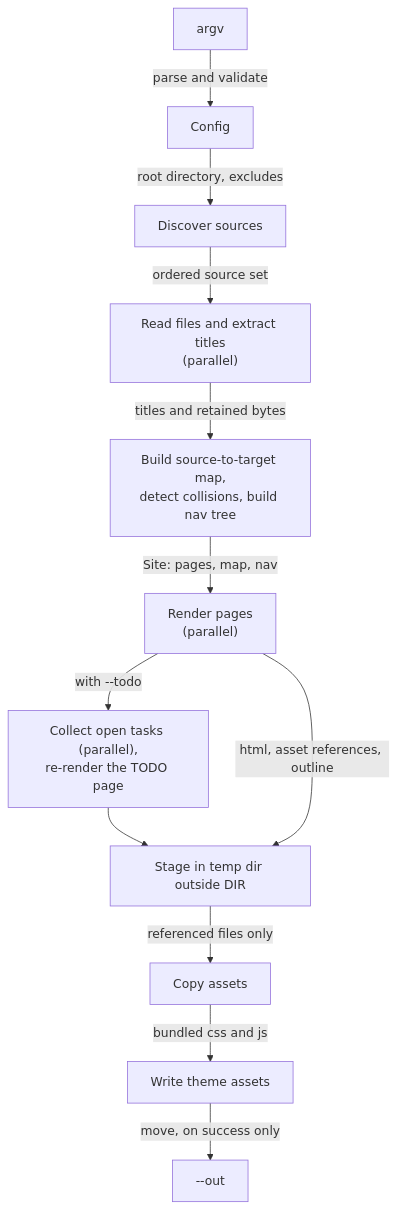
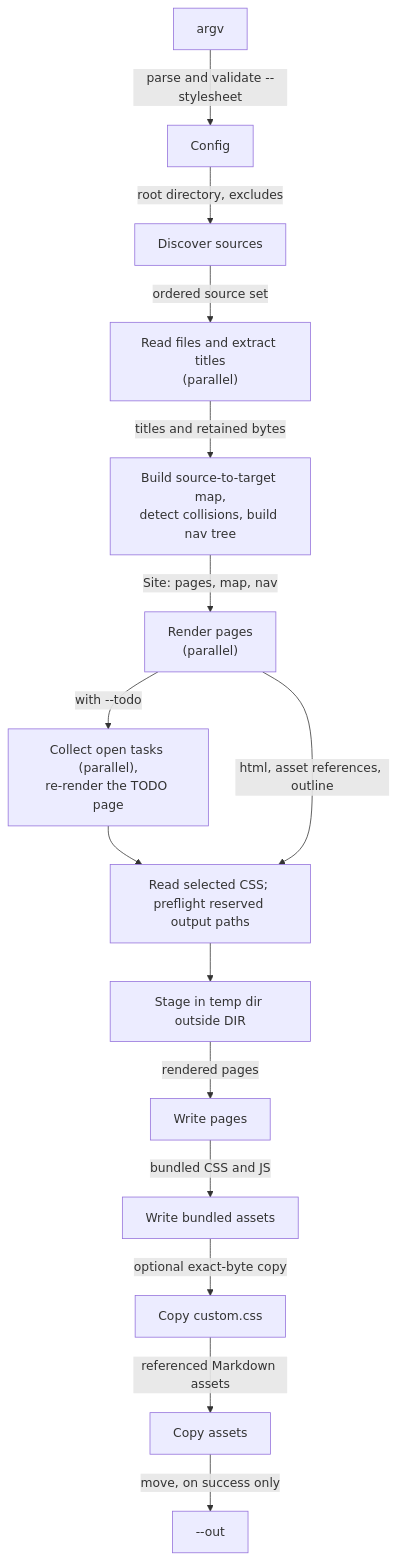
The first of 2 diagrams in docs/architecture.md (AltaraInc/ohimark), drawn with Mermaid before and after one commit. The commit also changed other lines of this file and 7 other files, not shown here.

Commit message:
feat(styles): support custom stylesheet overrides

````diff
--- a/docs/architecture.md
+++ b/docs/architecture.md
@@ -13,14 +14,18 @@
 ```mermaid
 flowchart TD
-  ARGS["argv"] -->|"parse and validate"| CFG["Config"]
+  ARGS["argv"] -->|"parse and validate --stylesheet"| CFG["Config"]
   CFG -->|"root directory, excludes"| WALK["Discover sources"]
   WALK -->|"ordered source set"| READ["Read files and extract titles<br/>(parallel)"]
   READ -->|"titles and retained bytes"| MAP["Build source-to-target map,<br/>detect collisions, build nav tree"]
   MAP -->|"Site: pages, map, nav"| REND["Render pages<br/>(parallel)"]
   REND -->|"with --todo"| TODO["Collect open tasks (parallel),<br/>re-render the TODO page"]
-  TODO --> STAGE
-  REND -->|"html, asset references, outline"| STAGE["Stage in temp dir outside DIR"]
-  STAGE -->|"referenced files only"| COPY["Copy assets"]
-  COPY -->|"bundled css and js"| TH["Write theme assets"]
-  TH -->|"move, on success only"| OUT["--out"]
+  TODO --> PREFLIGHT
+  REND -->|"html, asset references, outline"| PREFLIGHT["Read selected CSS; preflight reserved output paths"]
+  PREFLIGHT --> STAGE
+  STAGE["Stage in temp dir outside DIR"]
+  STAGE -->|"rendered pages"| PAGES["Write pages"]
+  PAGES -->|"bundled CSS and JS"| TH["Write bundled assets"]
+  TH -->|"optional exact-byte copy"| CUSTOM["Copy custom.css"]
+  CUSTOM -->|"referenced Markdown assets"| COPY["Copy assets"]
+  COPY -->|"move, on success only"| OUT["--out"]
 ```
````
